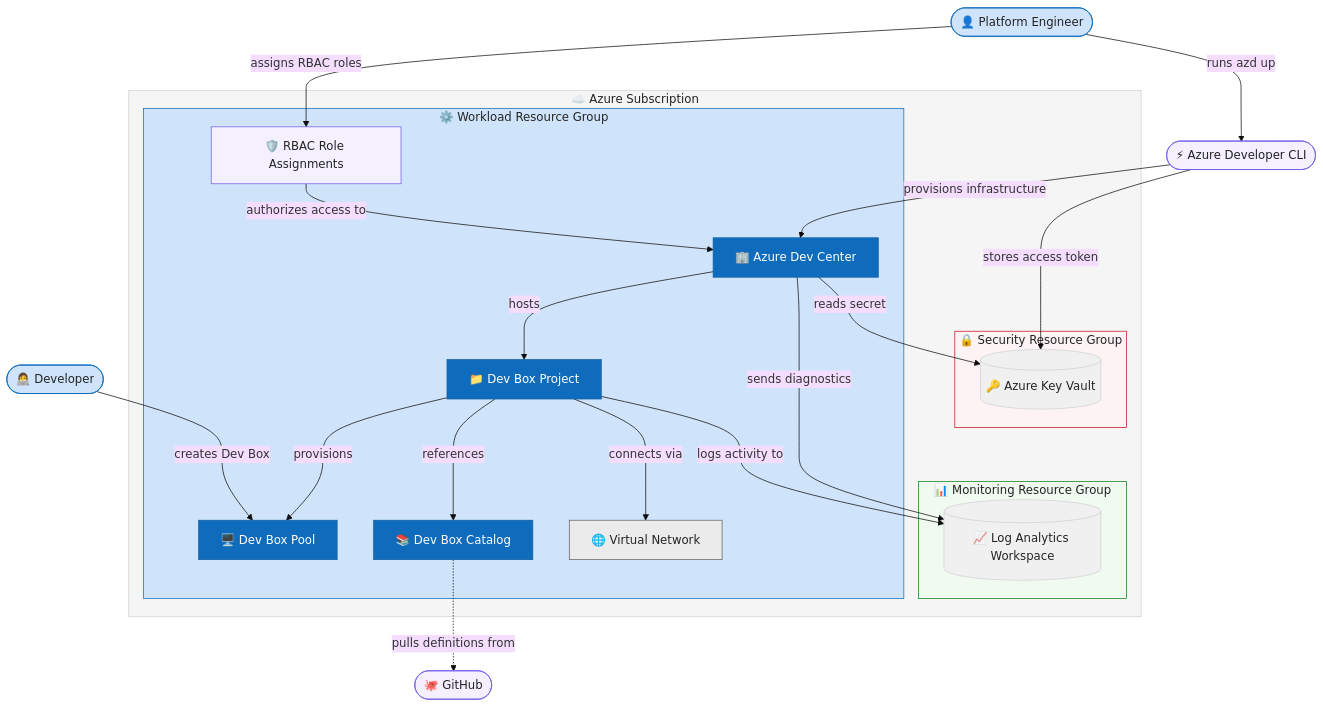
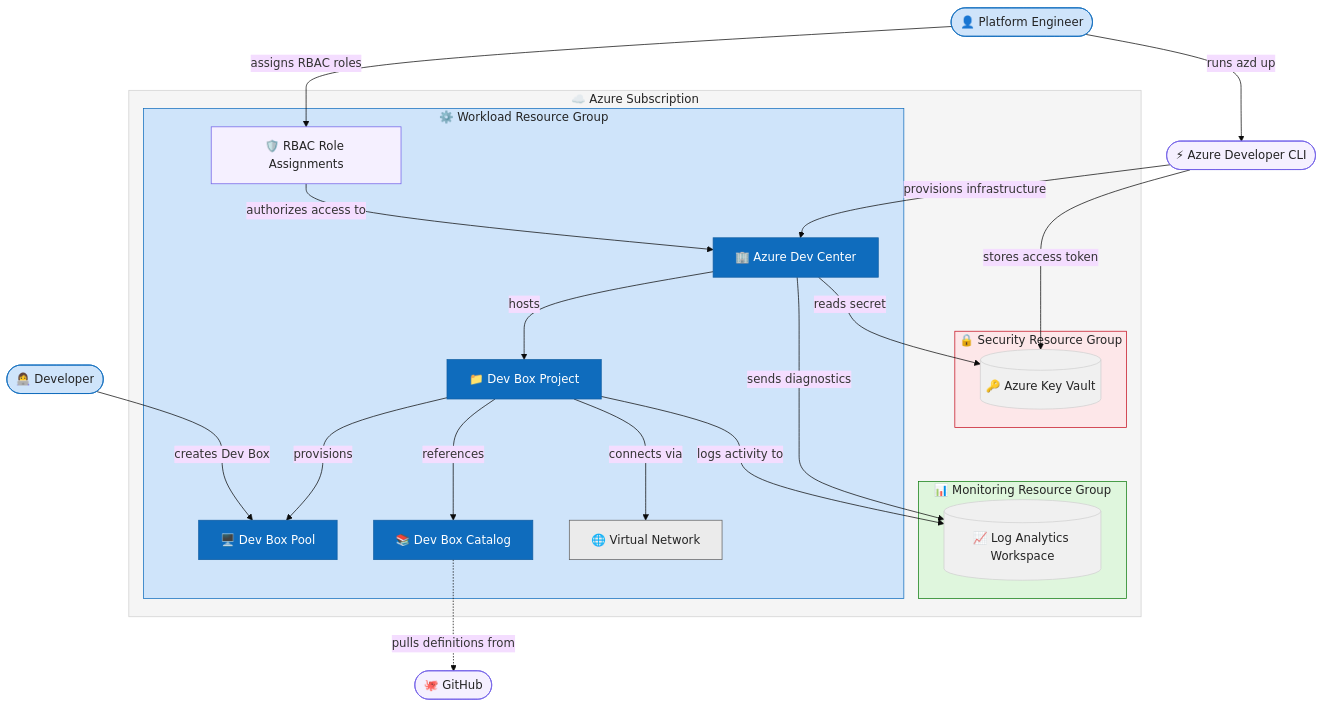
One commit to Evilazaro/DevExp-DevBox changed the diagram in README.md. Above: the diagram before and after it, drawn with Mermaid.

Commit message:
Update secondary and tertiary color values in README.md for consistency

````diff
--- a/README.md
+++ b/README.md
@@ -86,12 +86,12 @@
   primaryColor: "#f5f5f5"
   primaryTextColor: "#FFFFFF"
   primaryBorderColor: "#e0e0e0"
-  secondaryColor: "#d6d6d6"
+  secondaryColor: "#d1d1d1"
   secondaryTextColor: "#242424"
-  secondaryBorderColor: "#d6d6d6"
+  secondaryBorderColor: "#d1d1d1"
   tertiaryColor: "#d1d1d1"
   tertiaryTextColor: "#424242"
-  tertiaryBorderColor: "#b3b3b3"
+  tertiaryBorderColor: "#bdbdbd"
 ---
 flowchart TB
 
@@ -158,7 +158,7 @@
   class RBAC rbac
 
   style AzureSub fill:#f5f5f5,stroke:#d1d1d1,color:#242424
-  style SecurityLayer fill:#fdf3f4,stroke:#c50f1f,color:#242424
-  style MonitoringLayer fill:#f1faf1,stroke:#107c10,color:#242424
+  style SecurityLayer fill:#fde7e9,stroke:#c50f1f,color:#242424
+  style MonitoringLayer fill:#dff6dd,stroke:#107c10,color:#242424
   style WorkloadLayer fill:#cfe4fa,stroke:#0f6cbd,color:#242424
 ```
````
